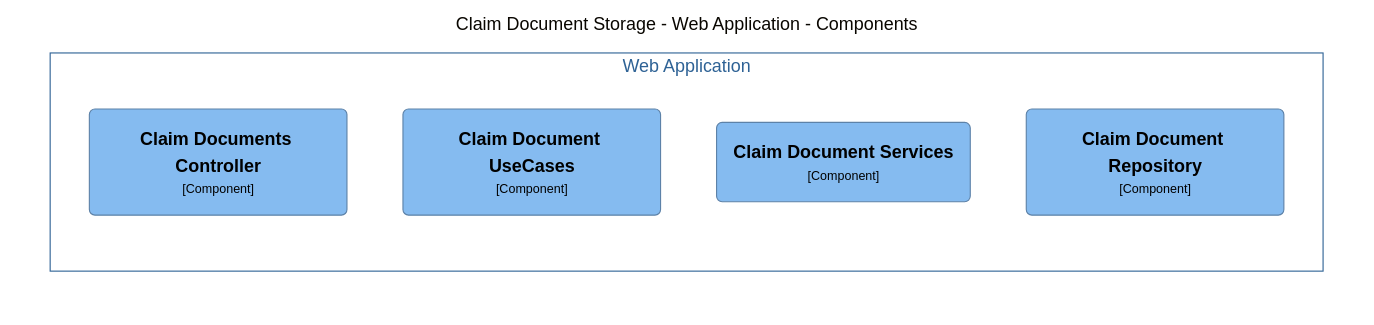
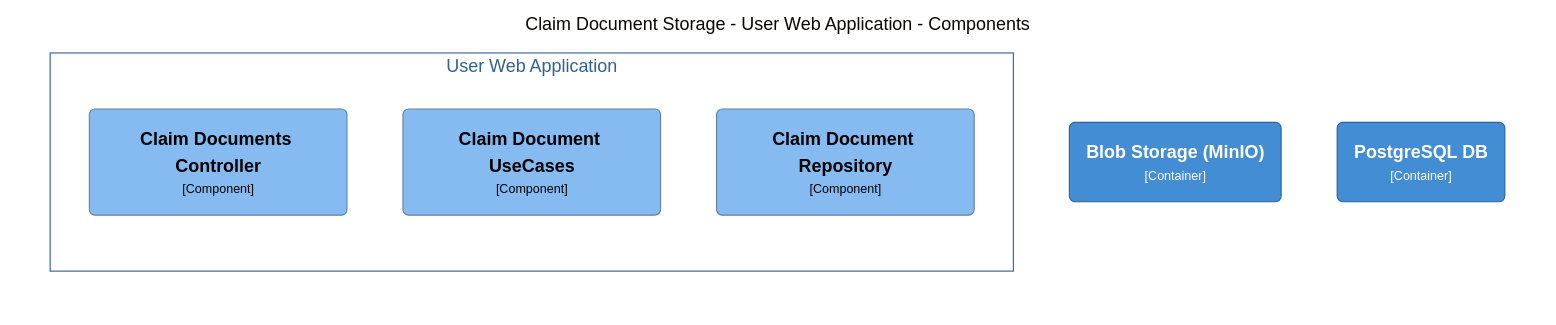
The diagram in structurizr-Component-001.mmd (hubignite/testrepo), drawn with Mermaid (base theme) before and after one commit. The commit also changed 6 other files, not shown here.

Commit message:
refreshed dsl, splitted user webapp and adminwebapp diagrams

```diff
--- a/structurizr-Component-001.mmd
+++ b/structurizr-Component-001.mmd
@@ -1,20 +1,23 @@
 graph LR
   linkStyle default fill:#ffffff
 
-  subgraph diagram ["Claim Document Storage - Web Application - Components"]
+  subgraph diagram ["Claim Document Storage - User Web Application - Components"]
     style diagram fill:#ffffff,stroke:#ffffff
 
-    subgraph 4 ["Web Application"]
+    12("<div style='font-weight: bold'>Blob Storage (MinIO)</div><div style='font-size: 70%; margin-top: 0px'>[Container]</div>")
+    style 12 fill:#438dd5,stroke:#2e6295,color:#ffffff
+    14("<div style='font-weight: bold'>PostgreSQL DB</div><div style='font-size: 70%; margin-top: 0px'>[Container]</div>")
+    style 14 fill:#438dd5,stroke:#2e6295,color:#ffffff
+
+    subgraph 4 ["User Web Application"]
       style 4 fill:#ffffff,stroke:#2e6295,color:#2e6295
 
       5("<div style='font-weight: bold'>Claim Documents Controller</div><div style='font-size: 70%; margin-top: 0px'>[Component]</div>")
       style 5 fill:#85bbf0,stroke:#5d82a8,color:#000000
       6("<div style='font-weight: bold'>Claim Document UseCases</div><div style='font-size: 70%; margin-top: 0px'>[Component]</div>")
       style 6 fill:#85bbf0,stroke:#5d82a8,color:#000000
-      7("<div style='font-weight: bold'>Claim Document Services</div><div style='font-size: 70%; margin-top: 0px'>[Component]</div>")
+      7("<div style='font-weight: bold'>Claim Document Repository</div><div style='font-size: 70%; margin-top: 0px'>[Component]</div>")
       style 7 fill:#85bbf0,stroke:#5d82a8,color:#000000
-      8("<div style='font-weight: bold'>Claim Document Repository</div><div style='font-size: 70%; margin-top: 0px'>[Component]</div>")
-      style 8 fill:#85bbf0,stroke:#5d82a8,color:#000000
     end
 
   end
```
